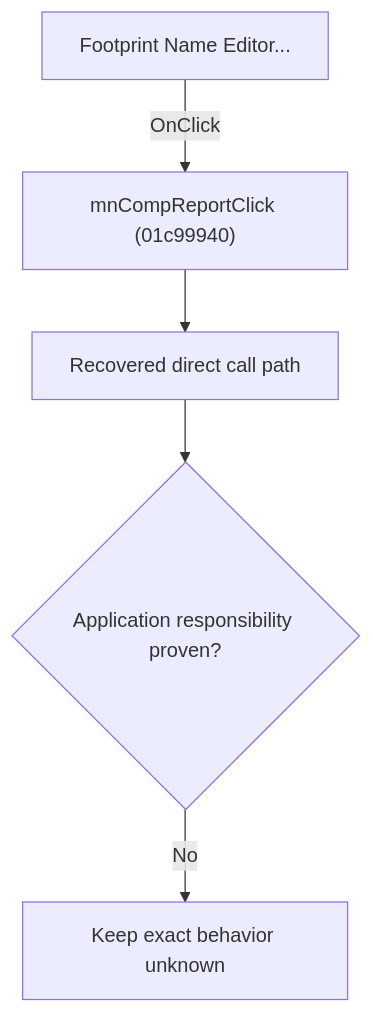
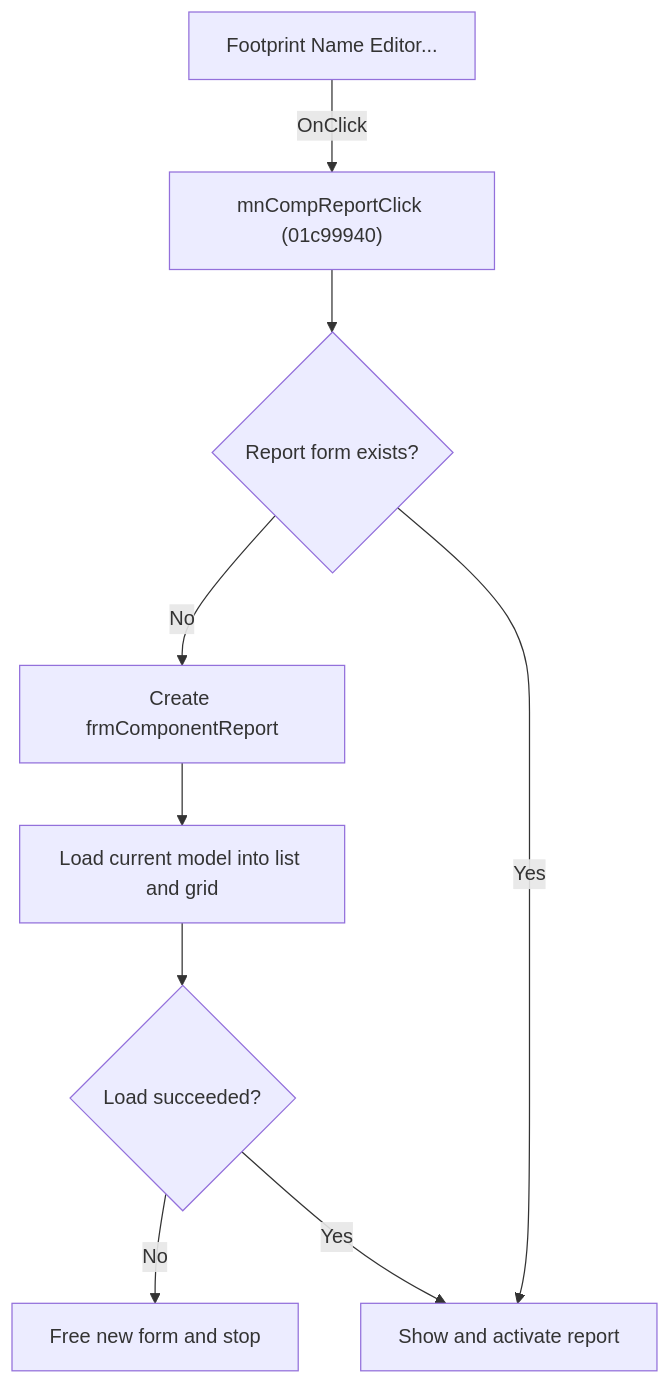
One commit to MovGP0/TIARA changed the diagram in docs/ui-controls/schematiceditor/mncompreport-e165b2a0d1.md. Above: the diagram before and after it, drawn with Mermaid. The commit also changed other lines of this file and 241 other files, not shown here.

````diff
--- a/docs/ui-controls/schematiceditor/mncompreport-e165b2a0d1.md
+++ b/docs/ui-controls/schematiceditor/mncompreport-e165b2a0d1.md
@@ -27,7 +29,11 @@
 ```mermaid
 flowchart TD
-    control["Footprint Name Editor..."] -->|"OnClick"| handler["mnCompReportClick (01c99940)"]
-    handler --> recovered["Recovered direct call path"]
-    recovered --> gap{"Application responsibility proven?"}
-    gap -->|"No"| blocked["Keep exact behavior unknown"]
+    control["Footprint Name Editor..."] -->|OnClick| handler["mnCompReportClick (01c99940)"]
+    handler --> exists{"Report form exists?"}
+    exists -->|No| create["Create frmComponentReport"]
+    create --> load["Load current model into list and grid"]
+    load --> success{"Load succeeded?"}
+    success -->|No| free["Free new form and stop"]
+    success -->|Yes| show["Show and activate report"]
+    exists -->|Yes| show
 ```
````
